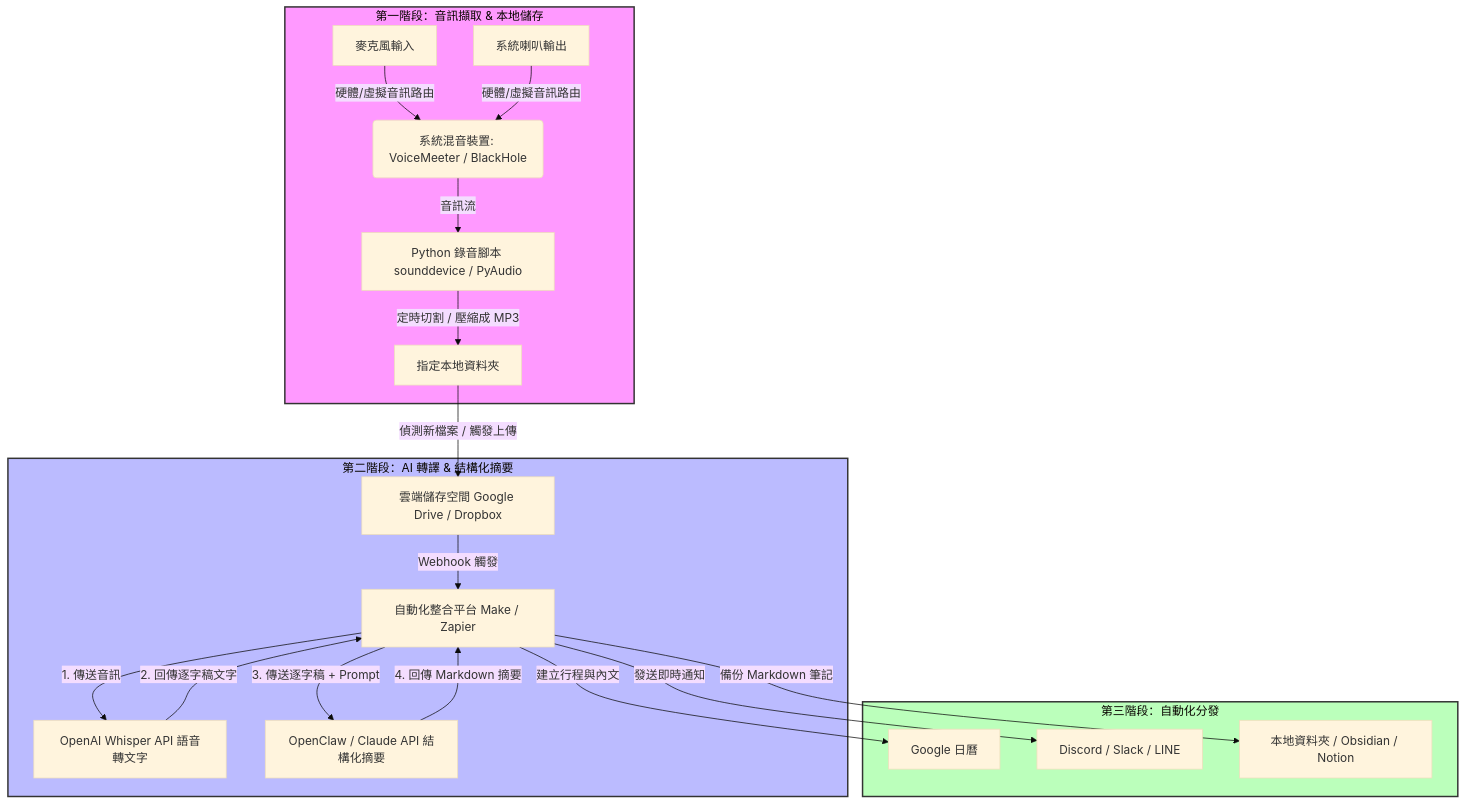
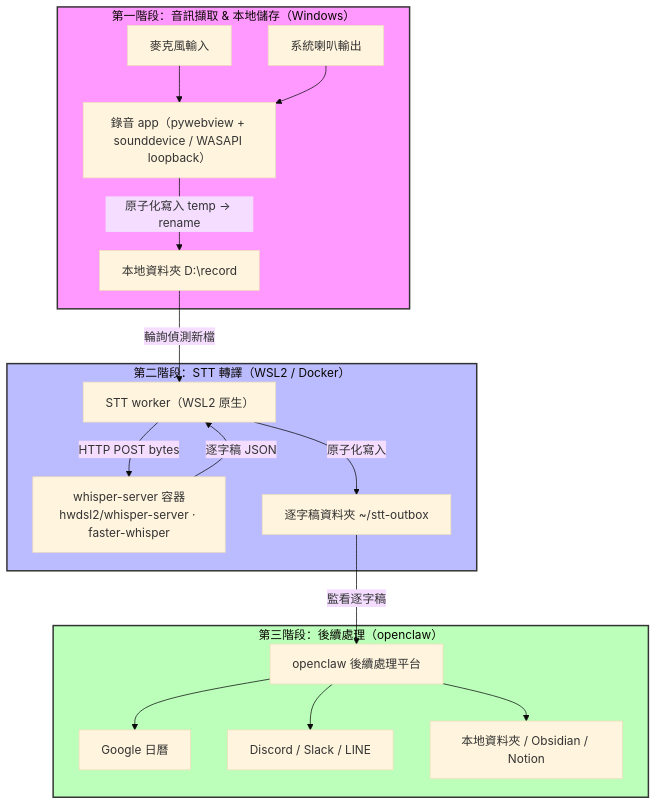
The diagram in summary.md (benben83922/AI-AudioFlow), drawn with Mermaid (base theme) before and after one commit. The commit also changed other lines of this file and 33 other files, not shown here.

````diff
--- a/summary.md
+++ b/summary.md
@@ -11,31 +14,26 @@
 ```mermaid
 graph TD
-    %% 階段一：音訊擷取
-    subgraph Phase_1 [第一階段：音訊擷取 & 本地儲存]
-        A[麥克風輸入] -->|硬體/虛擬音訊路由| C(系統混音裝置: VoiceMeeter / BlackHole)
-        B[系統喇叭輸出] -->|硬體/虛擬音訊路由| C
-        C -->|音訊流| D[Python 錄音腳本 sounddevice / PyAudio]
-        D -->|定時切割 / 壓縮成 MP3| E[指定本地資料夾]
+    subgraph Phase_1 [第一階段：音訊擷取 & 本地儲存（Windows）]
+        A[麥克風輸入] --> D[錄音 app（pywebview + sounddevice / WASAPI loopback）]
+        B[系統喇叭輸出] --> D
+        D -->|原子化寫入 temp → rename| E[本地資料夾 D:\record]
     end
 
-    %% 階段二：AI 轉譯與處理
-    subgraph Phase_2 [第二階段：AI 轉譯 & 結構化摘要]
-        E -->|偵測新檔案 / 觸發上傳| F[雲端儲存空間 Google Drive / Dropbox]
-        F -->|Webhook 觸發| G[自動化整合平台 Make / Zapier]
-        G -->|1. 傳送音訊| H[OpenAI Whisper API 語音轉文字]
-        H -->|2. 回傳逐字稿文字| G
-        G -->|3. 傳送逐字稿 + Prompt| I[OpenClaw / Claude API 結構化摘要]
-        I -->|4. 回傳 Markdown 摘要| G
+    subgraph Phase_2 [第二階段：STT 轉譯（WSL2 / Docker）]
+        E -->|輪詢偵測新檔| W[STT worker（WSL2 原生）]
+        W -->|HTTP POST bytes| H[whisper-server 容器<br/>hwdsl2/whisper-server · faster-whisper]
+        H -->|逐字稿 JSON| W
+        W -->|原子化寫入| O[逐字稿資料夾 ~/stt-outbox]
     end
 
-    %% 階段三：分發與儲存
-    subgraph Phase_3 [第三階段：自動化分發]
-        G -->|建立行程與內文| J[Google 日曆]
-        G -->|發送即時通知| K[Discord / Slack / LINE]
-        G -->|備份 Markdown 筆記| L[本地資料夾 / Obsidian / Notion]
+    subgraph Phase_3 [第三階段：後續處理（openclaw）]
+        O -->|監看逐字稿| G[openclaw 後續處理平台]
+        G --> J[Google 日曆]
+        G --> K[Discord / Slack / LINE]
+        G --> L[本地資料夾 / Obsidian / Notion]
     end
 
     style Phase_1 fill:#f9f,stroke:#333,stroke-width:2px
     style Phase_2 fill:#bbf,stroke:#333,stroke-width:2px
     style Phase_3 fill:#bfb,stroke:#333,stroke-width:2px
 ```
````
